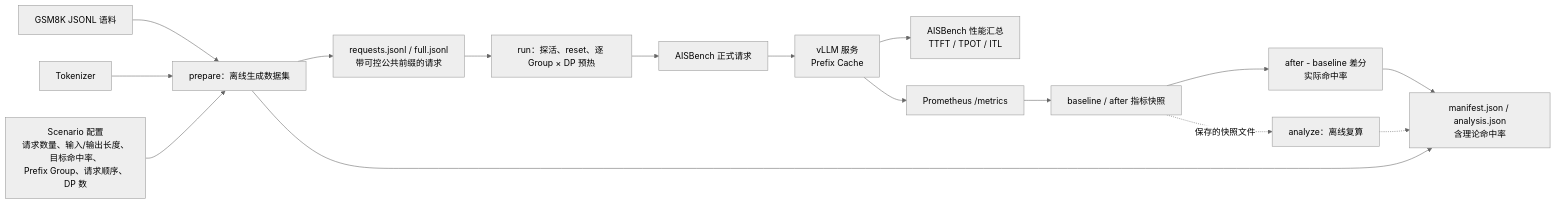
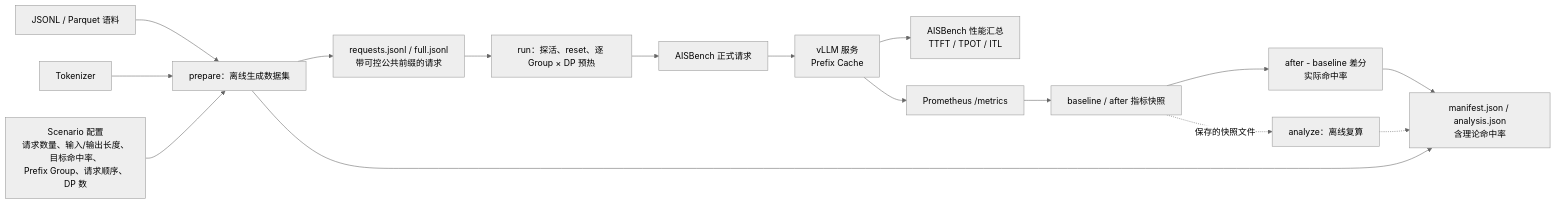
The diagram in docs/source_zh_cn/advanced_tutorials/prefix_cache.md (AISBench/benchmark), drawn with Mermaid (neutral theme) before and after one commit. The commit also changed other lines of this file and 13 other files, not shown here.

````diff
--- a/docs/source_zh_cn/advanced_tutorials/prefix_cache.md
+++ b/docs/source_zh_cn/advanced_tutorials/prefix_cache.md
@@ -12,18 +12,18 @@
 ```mermaid
 flowchart LR
-    C[GSM8K JSONL 语料] --> PR[prepare：离线生成数据集]
+    C[JSONL / Parquet 语料] --> PR[prepare：离线生成数据集]
     TK[Tokenizer] --> PR
     SC[Scenario 配置<br/>请求数量、输入/输出长度、目标命中率、<br/>Prefix Group、请求顺序、DP 数] --> PR
     PR --> D1[requests.jsonl / full.jsonl<br/>带可控公共前缀的请求]
     PR --> D2[manifest.json / analysis.json<br/>含理论命中率]
     D1 --> RU[run：探活、reset、逐 Group × DP 预热]
     RU --> AI[AISBench 正式请求]
     AI --> VL[vLLM 服务<br/>Prefix Cache]
     VL --> PF[AISBench 性能汇总<br/>TTFT / TPOT / ITL]
     VL --> PM[Prometheus /metrics]
     PM --> SN[baseline / after 指标快照]
     SN --> DF[after - baseline 差分<br/>实际命中率]
     DF --> D2
     SN -. 保存的快照文件 .-> AZ[analyze：离线复算]
     AZ -.-> D2
 ```
````
